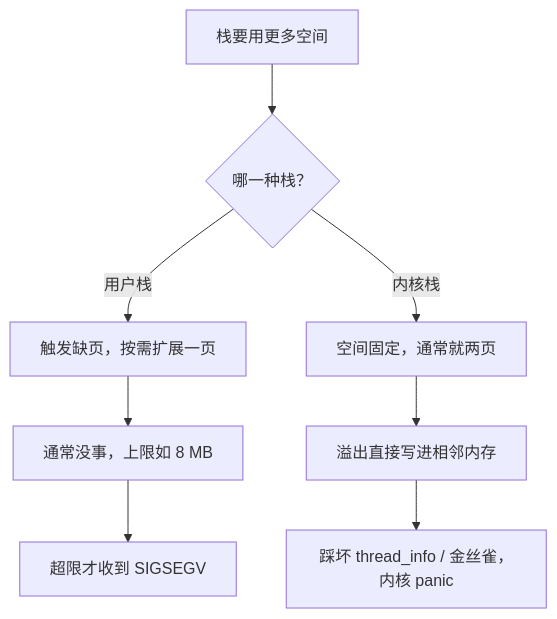
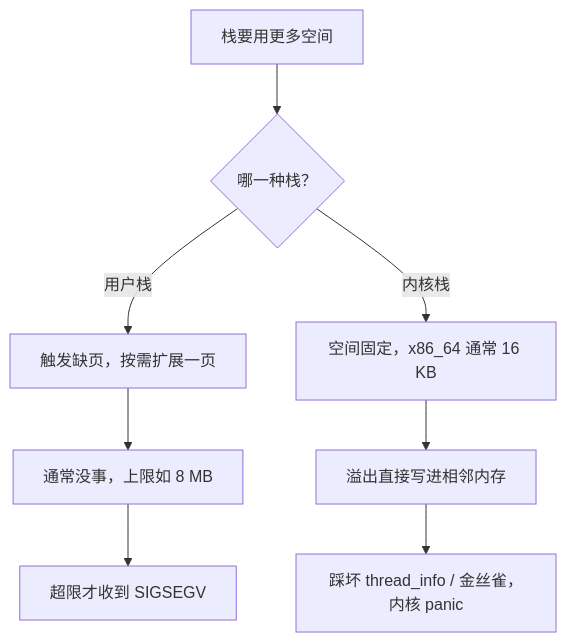
Before and after one commit to xhongduo-tech/xhongduo-tech.github.io: the second of 2 diagrams in docs/cs/kernel-stack.md, drawn with Mermaid. The commit also changed other lines of this file and 8 other files, not shown here.

````diff
--- a/docs/cs/kernel-stack.md
+++ b/docs/cs/kernel-stack.md
@@ -41,10 +41,10 @@
 ```mermaid
 flowchart TD
   Q["栈要用更多空间"] --> WHO{"哪一种栈？"}
   WHO -->|"用户栈"| GROW["触发缺页，按需扩展一页"]
   GROW --> OK["通常没事，上限如 8 MB"]
   OK --> EXC["超限才收到 SIGSEGV"]
-  WHO -->|"内核栈"| FIX["空间固定，通常就两页"]
+  WHO -->|"内核栈"| FIX["空间固定，x86_64 通常 16 KB"]
   FIX --> OVF["溢出直接写进相邻内存"]
   OVF --> BAD["踩坏 thread_info / 金丝雀，内核 panic"]
 ```
````
